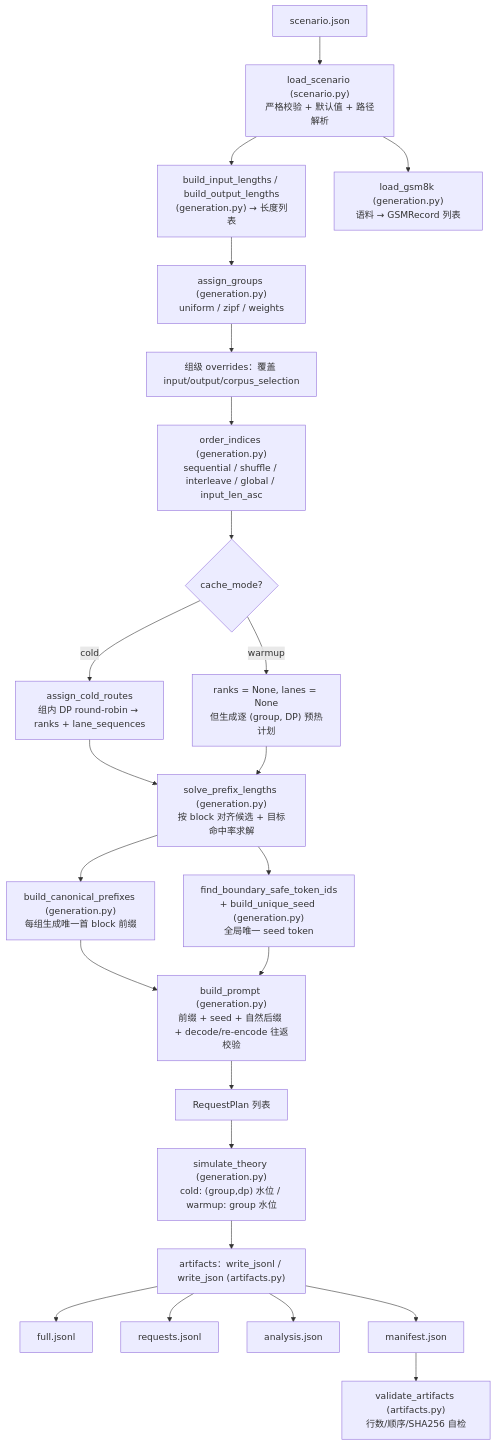
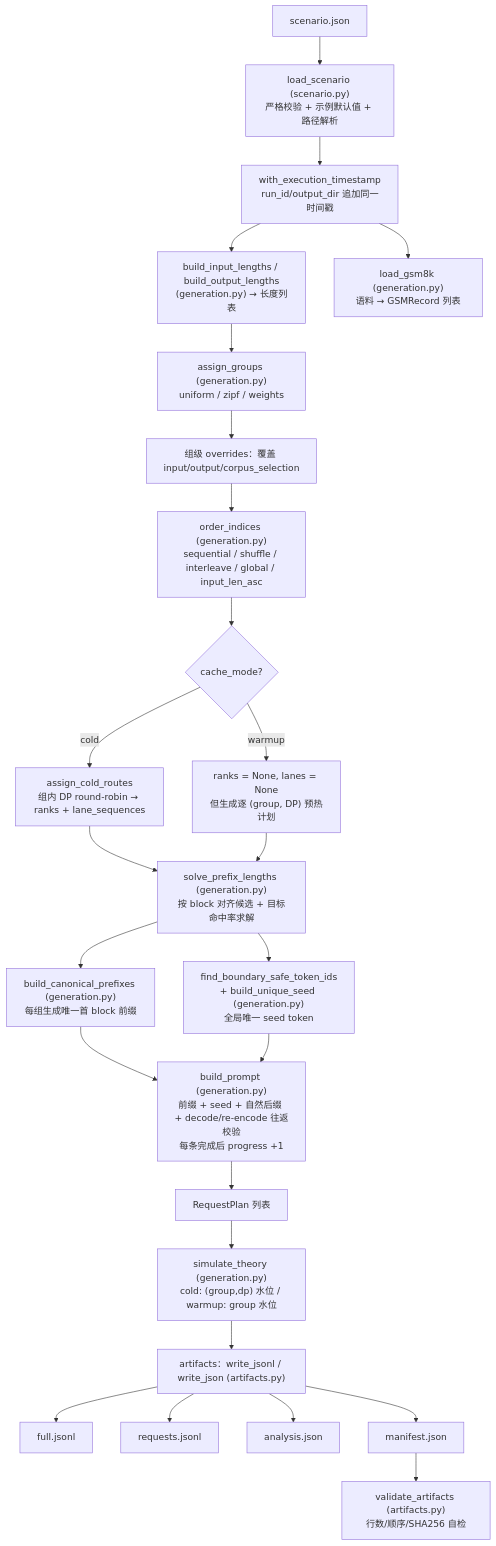
One commit to AISBench/benchmark changed the second of 4 diagrams in plugins/prefix_cache/ARCHITECTURE.md. Above: the diagram before and after it, drawn with Mermaid. The commit also changed 13 other files, not shown here.

````diff
--- a/plugins/prefix_cache/ARCHITECTURE.md
+++ b/plugins/prefix_cache/ARCHITECTURE.md
@@ -64,26 +64,27 @@
 ```mermaid
 flowchart TB
-    A["scenario.json"] --> B["load_scenario (scenario.py)<br/>严格校验 + 默认值 + 路径解析"]
-    B --> C["build_input_lengths / build_output_lengths<br/>(generation.py) → 长度列表"]
-    B --> D["load_gsm8k (generation.py)<br/>语料 → GSMRecord 列表"]
+    A["scenario.json"] --> B["load_scenario (scenario.py)<br/>严格校验 + 示例默认值 + 路径解析"]
+    B --> B2["with_execution_timestamp<br/>run_id/output_dir 追加同一时间戳"]
+    B2 --> C["build_input_lengths / build_output_lengths<br/>(generation.py) → 长度列表"]
+    B2 --> D["load_gsm8k (generation.py)<br/>语料 → GSMRecord 列表"]
     C --> E["assign_groups (generation.py)<br/>uniform / zipf / weights"]
     E --> F["组级 overrides：覆盖 input/output/corpus_selection"]
     F --> G["order_indices (generation.py)<br/>sequential / shuffle / interleave / global / input_len_asc"]
     G --> H{"cache_mode?"}
     H -- cold --> I["assign_cold_routes<br/>组内 DP round-robin → ranks + lane_sequences"]
     H -- warmup --> I2["ranks = None, lanes = None<br/>但生成逐 (group, DP) 预热计划"]
     I --> J["solve_prefix_lengths (generation.py)<br/>按 block 对齐候选 + 目标命中率求解"]
     I2 --> J
     J --> K["build_canonical_prefixes (generation.py)<br/>每组生成唯一首 block 前缀"]
     J --> L["find_boundary_safe_token_ids<br/>+ build_unique_seed (generation.py)<br/>全局唯一 seed token"]
-    K --> M["build_prompt (generation.py)<br/>前缀 + seed + 自然后缀 + decode/re-encode 往返校验"]
+    K --> M["build_prompt (generation.py)<br/>前缀 + seed + 自然后缀 + decode/re-encode 往返校验<br/>每条完成后 progress +1"]
     L --> M
     M --> N["RequestPlan 列表"]
     N --> O["simulate_theory (generation.py)<br/>cold: (group,dp) 水位 / warmup: group 水位"]
     O --> P["artifacts：write_jsonl / write_json (artifacts.py)"]
     P --> P1["full.jsonl"]
     P --> P2["requests.jsonl"]
     P --> P3["analysis.json"]
     P --> P4["manifest.json"]
     P4 --> Q["validate_artifacts (artifacts.py)<br/>行数/顺序/SHA256 自检"]
 ```
````
